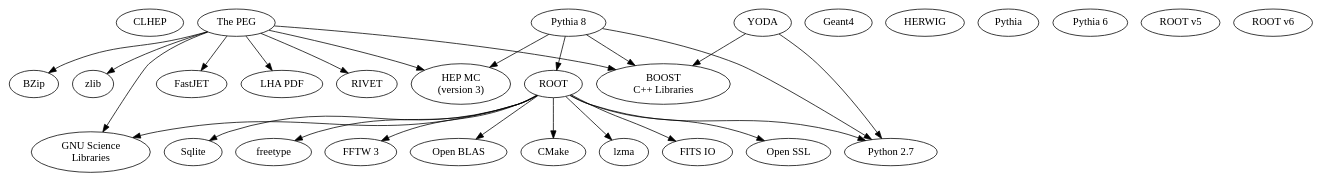
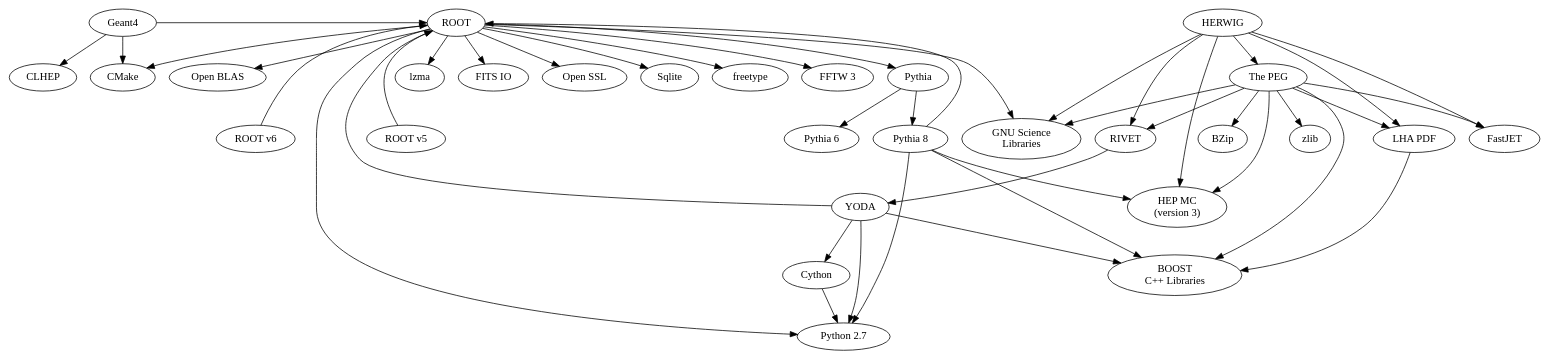
The diagram in dependencies.dot (AAROC/CODE-RADE-ACAT-2017), drawn with Graphviz before and after one commit.

Commit message:
Put user applications on the same level

```diff
--- a/dependencies.dot
+++ b/dependencies.dot
@@ -1,50 +1,64 @@
 /* The dependency tree of the HEP applications
 We assume that the graph is directed, else we end up with infinite builds on Jenkins,
 hence the use of "digraph" below.
 */
 digraph hepdep {
 /*
 First, we draw all of  the main nodes in the HEP tree
 - Nodes are sorted alphabetically.
 - node names are all lower case
 - node lables are what the node is called by it's developers
 */
 
 clhep [label="CLHEP"];
 fastjet [label="FastJET"];
 geant4 [label="Geant4"];
 hepmc [label="HEP MC \n(version 3)"];
 herwig [label="HERWIG"]
 lhapdf [label="LHA PDF"];
 pythia [label="Pythia"];
 pythia6 [label="Pythia 6"];
 pythia8 [label="Pythia 8"];
 rivet [label="RIVET"];
 root [label=ROOT];
 root5 [label="ROOT v5"];
 root6 [label="ROOT v6"];
 thepeg [label="The PEG"];
 yoda [label="YODA"];
 /* Now, those outside of the HEP tree, in the foundation tree*/
 boost [label="BOOST\n C++ Libraries"];
 python [label="Python 2.7"];
 bzlib [label="BZip"];
 zlib [label="zlib"];
 gsl [label="GNU Science\nLibraries"];
 cmake [label="CMake"];
 lzma [label="lzma"];
 fits [label="FITS IO"];
 openssl [label="Open SSL"];
 sqlite [label="Sqlite"];
 freetype [label="freetype"];
 fftw [label="FFTW 3"];
 openblas [label="Open BLAS"];
+cython [label="Cython"]
 /* Now, we draw the dependencies*/
-yoda -> { python, boost};
+cython->python [newrank="true"];
+yoda -> { python, boost, root, cython};
 
 thepeg -> { boost, zlib, bzlib, gsl, lhapdf, hepmc, rivet, fastjet};
+pythia-> {pythia6, pythia8};
+pythia8 -> {root, hepmc, boost, python};
+root6 -> root;
+root5 -> root;
+root -> {cmake, gsl, lzma, fits, sqlite, freetype, fftw, openblas, python, openssl,pythia};
 
-pythia8 -> {root, hepmc, boost, python}
+rivet -> {yoda};
+lhapdf -> {boost};
 
-root -> {cmake, gsl, lzma, fits, sqlite, freetype, fftw, openblas, python, openssl}
+herwig -> {fastjet, lhapdf, rivet, thepeg, gsl, hepmc};
+
+geant4->{clhep, root, cmake};
+
+/* We put all of the user-facing applications on the same level */
+{rank = same; root6; root5; pythia6; pythia8}
+  {rank = same; root; geant4; herwig;}
 }
```
